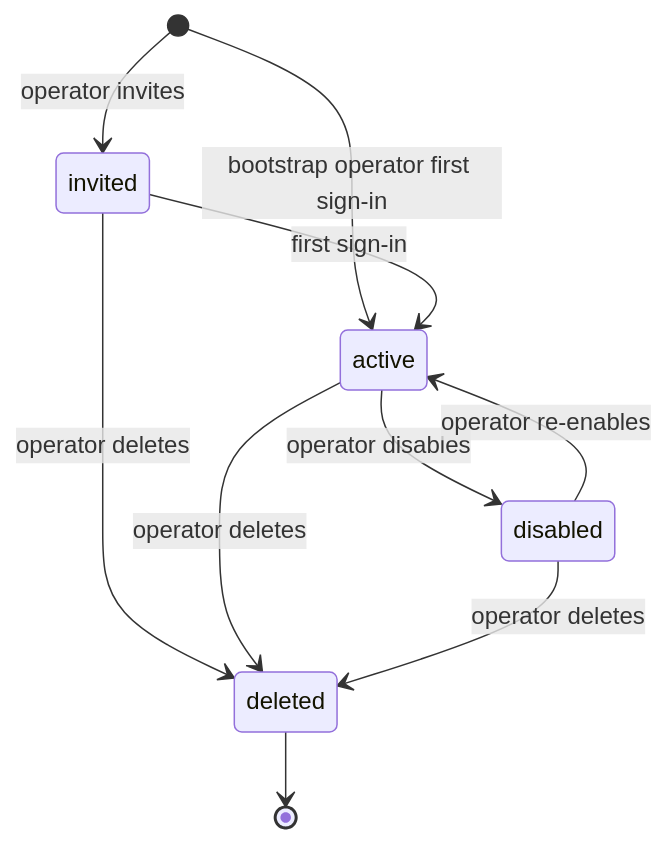
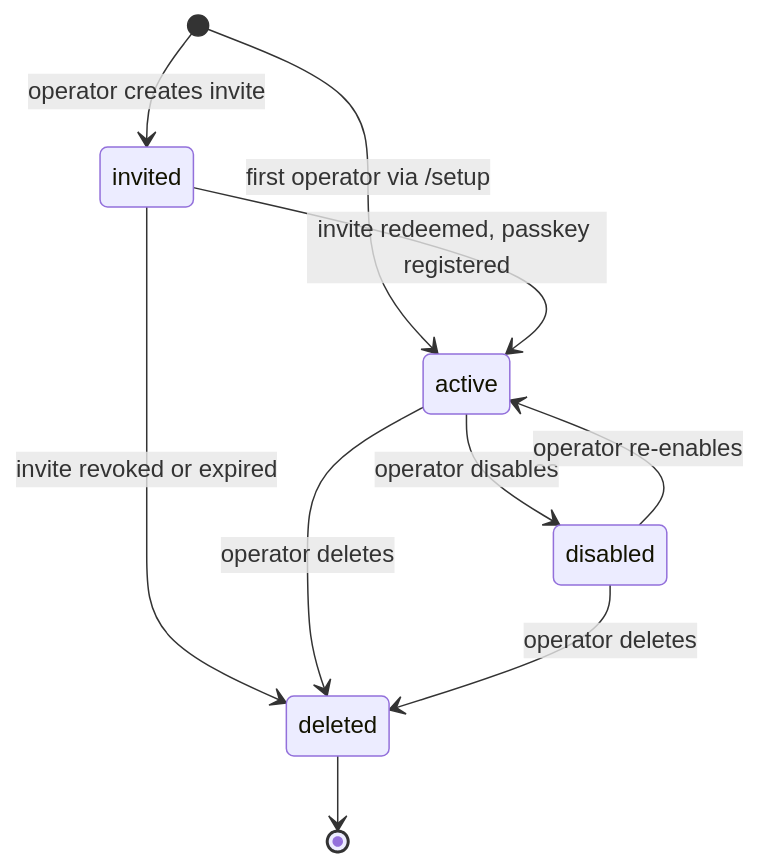
The seventh of 8 diagrams in docs/requirements/FRD.md (zemdregon/media-frontend), drawn with Mermaid before and after one commit. The commit also changed other lines of this file and 3 other files, not shown here.

````diff
--- a/docs/requirements/FRD.md
+++ b/docs/requirements/FRD.md
@@ -466,12 +506,12 @@
 ```mermaid
 stateDiagram-v2
-    [*] --> invited: operator invites
-    [*] --> active: bootstrap operator first sign-in
-    invited --> active: first sign-in
+    [*] --> invited: operator creates invite
+    [*] --> active: first operator via /setup
+    invited --> active: invite redeemed, passkey registered
+    invited --> deleted: invite revoked or expired
     active --> disabled: operator disables
     disabled --> active: operator re-enables
-    invited --> deleted: operator deletes
     active --> deleted: operator deletes
     disabled --> deleted: operator deletes
     deleted --> [*]
 ```
````
